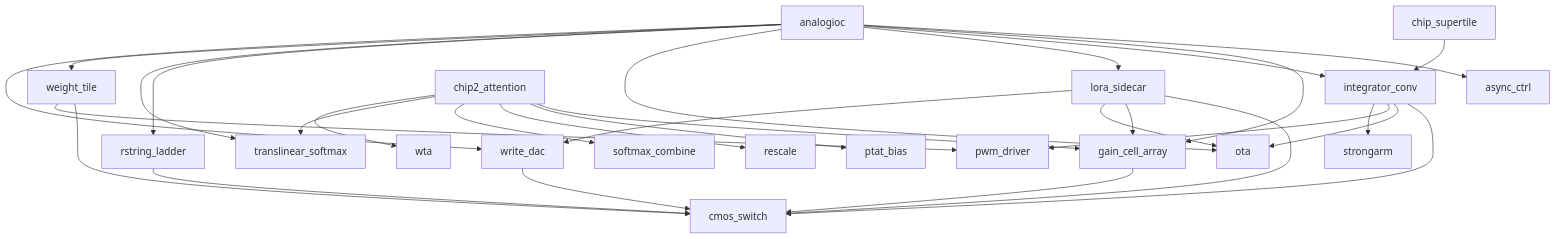
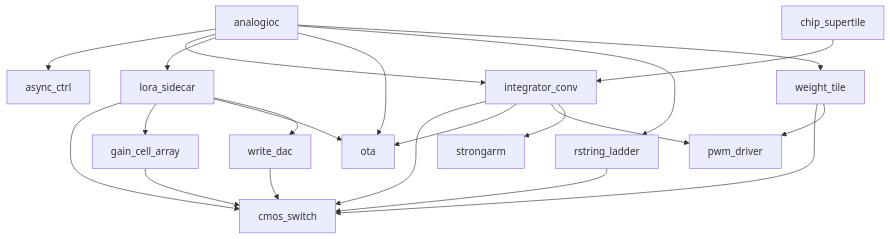
The second of 2 diagrams in analog/README.md (OmarSiwy/HT-AIMC), drawn with Mermaid before and after one commit. The commit also changed other lines of this file and 82 other files, not shown here.

First line of the commit message:
Remove all Chip 2 mentions; attention as an application doc; unlink dead doc links

````diff
--- a/analog/README.md
+++ b/analog/README.md
@@ -37,12 +34,11 @@
 ```mermaid
 flowchart TD
-    analogioc --> async_ctrl & gain_cell_array & integrator_conv & lora_sidecar & ota & rstring_ladder & translinear_softmax & weight_tile & write_dac
-    chip2_attention --> gain_cell_array & ptat_bias & rescale & softmax_combine & translinear_softmax & wta
+    analogioc --> async_ctrl & integrator_conv & lora_sidecar & ota & rstring_ladder & weight_tile
     chip_supertile --> integrator_conv
     integrator_conv --> cmos_switch & ota & pwm_driver & strongarm
     lora_sidecar --> cmos_switch & gain_cell_array & ota & write_dac
     weight_tile --> cmos_switch & pwm_driver
     gain_cell_array --> cmos_switch
     write_dac --> cmos_switch
     rstring_ladder --> cmos_switch
 ```
````
